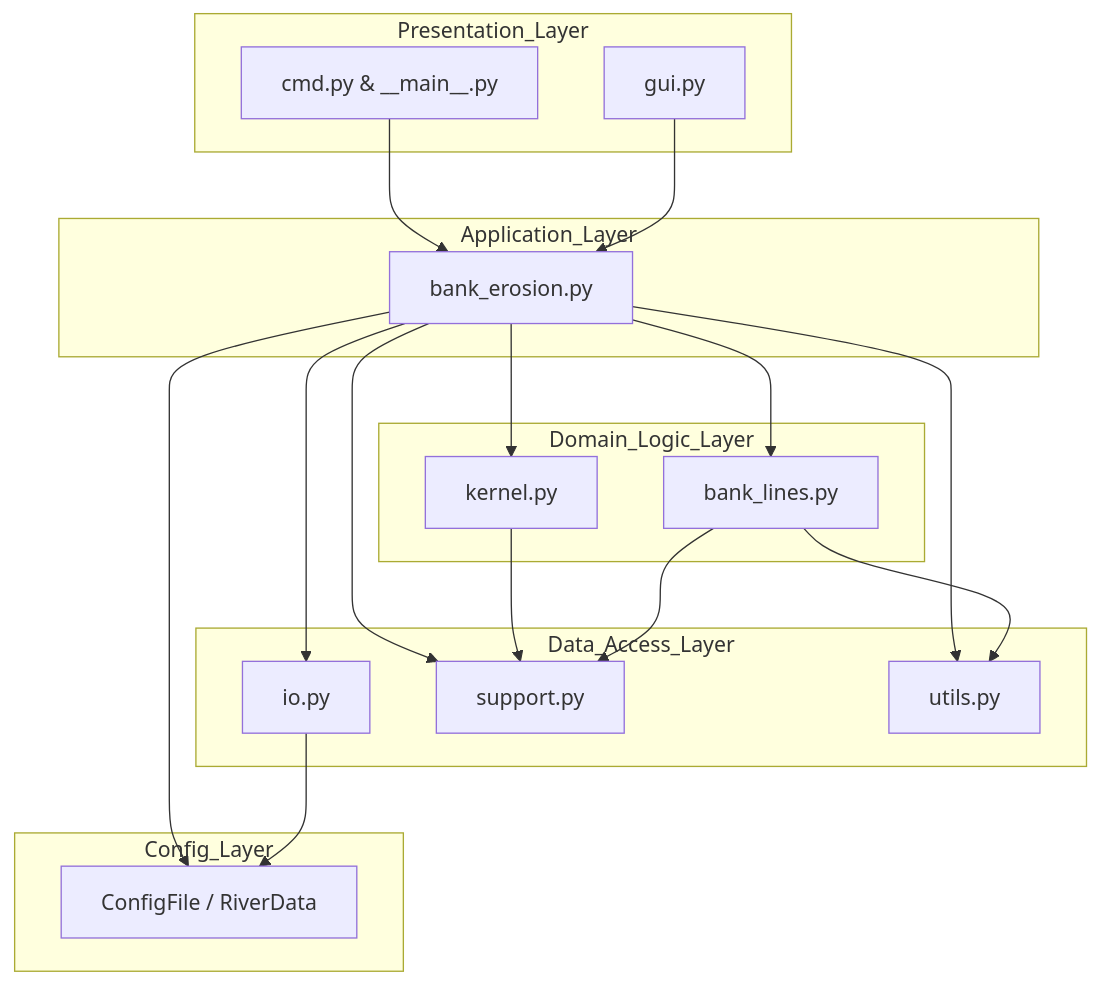
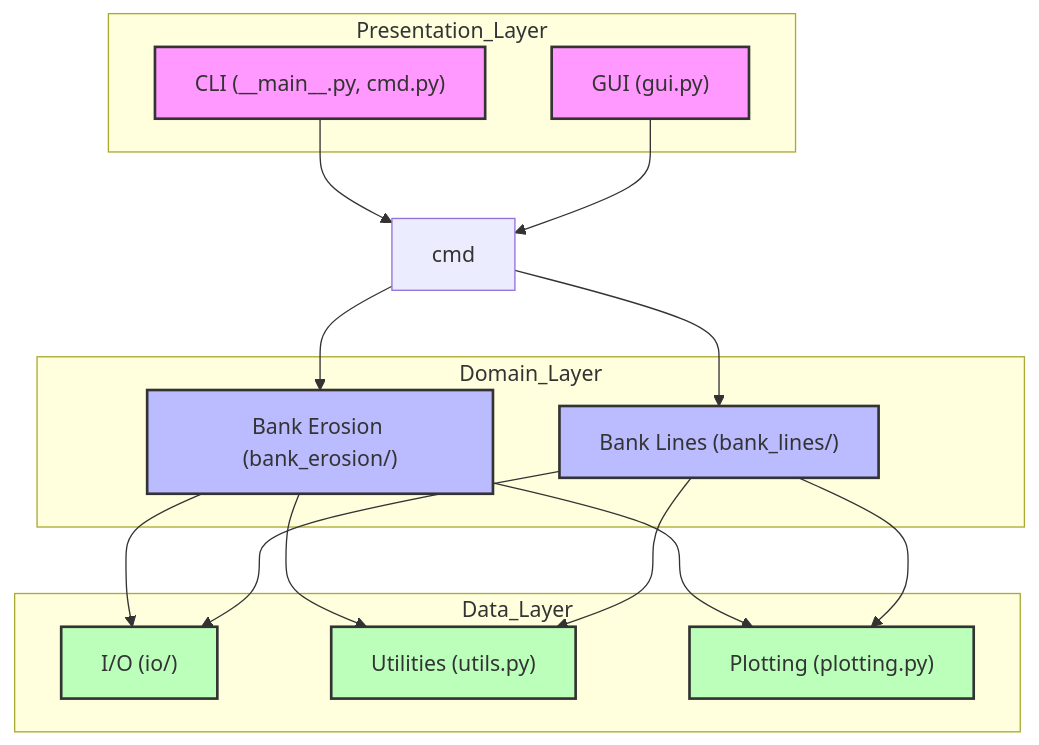
One commit to Deltares/D-FAST_Bank_Erosion changed the first of 4 diagrams in docs/mkdocs/architecture-design/main-components.md. Above: the diagram before and after it, drawn with Mermaid. The commit also changed other lines of this file and 31 other files, not shown here.

````diff
--- a/docs/mkdocs/architecture-design/main-components.md
+++ b/docs/mkdocs/architecture-design/main-components.md
@@ -108,41 +49,40 @@
 ```mermaid
 graph TD
     subgraph Presentation_Layer
-        GUI[gui.py]
-        CLI[cmd.py & __main__.py]
+        GUI["GUI (gui.py)"]
+        CLI["CLI (__main__.py, cmd.py)"]
     end
 
-    subgraph Application_Layer
-        AppLogic[bank_erosion.py]
+    subgraph Domain_Layer
+        BankErosion["Bank Erosion (bank_erosion/)"]
+        BankLines["Bank Lines (bank_lines/)"]
     end
 
-    subgraph Domain_Logic_Layer
-        Kernel[kernel.py]
-        BankDetection[bank_lines.py]
+    subgraph Data_Layer
+        IO["I/O (io/)"]
+        Utils["Utilities (utils.py)"]
+        Plotting["Plotting (plotting.py)"]
     end
 
-    subgraph Data_Access_Layer
-        IO[io.py]
-        Support[support.py]
-        Utils[utils.py]
-    end
+    CLI --> cmd
+    GUI --> cmd
 
-    subgraph Config_Layer
-        ConfigManager["ConfigFile / RiverData"]
-    end
+    cmd --> BankErosion
+    cmd --> BankLines
 
-    CLI --> AppLogic
-    GUI --> AppLogic
+    BankErosion --> IO
+    BankErosion --> Utils
+    BankErosion --> Plotting
 
-    AppLogic --> Kernel
-    AppLogic --> BankDetection
-    AppLogic --> IO
-    AppLogic --> Utils
-    AppLogic --> Support
-    AppLogic --> ConfigManager
+    BankLines --> IO
+    BankLines --> Utils
+    BankLines --> Plotting
 
-    Kernel --> Support
-    BankDetection --> Support
-    BankDetection --> Utils
-    IO --> ConfigManager
+    classDef core fill:#f9f,stroke:#333,stroke-width:2px
+    classDef domain fill:#bbf,stroke:#333,stroke-width:2px
+    classDef data fill:#bfb,stroke:#333,stroke-width:2px
+
+    class GUI,CLI core
+    class BankErosion,BankLines domain
+    class IO,Utils,Plotting data
 ```
````
